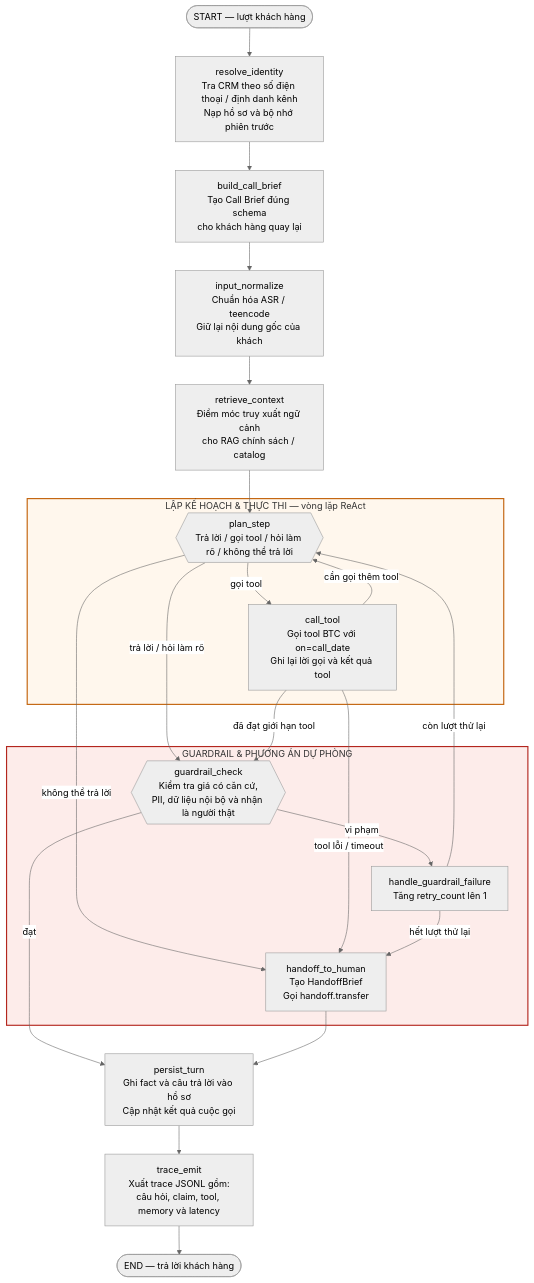
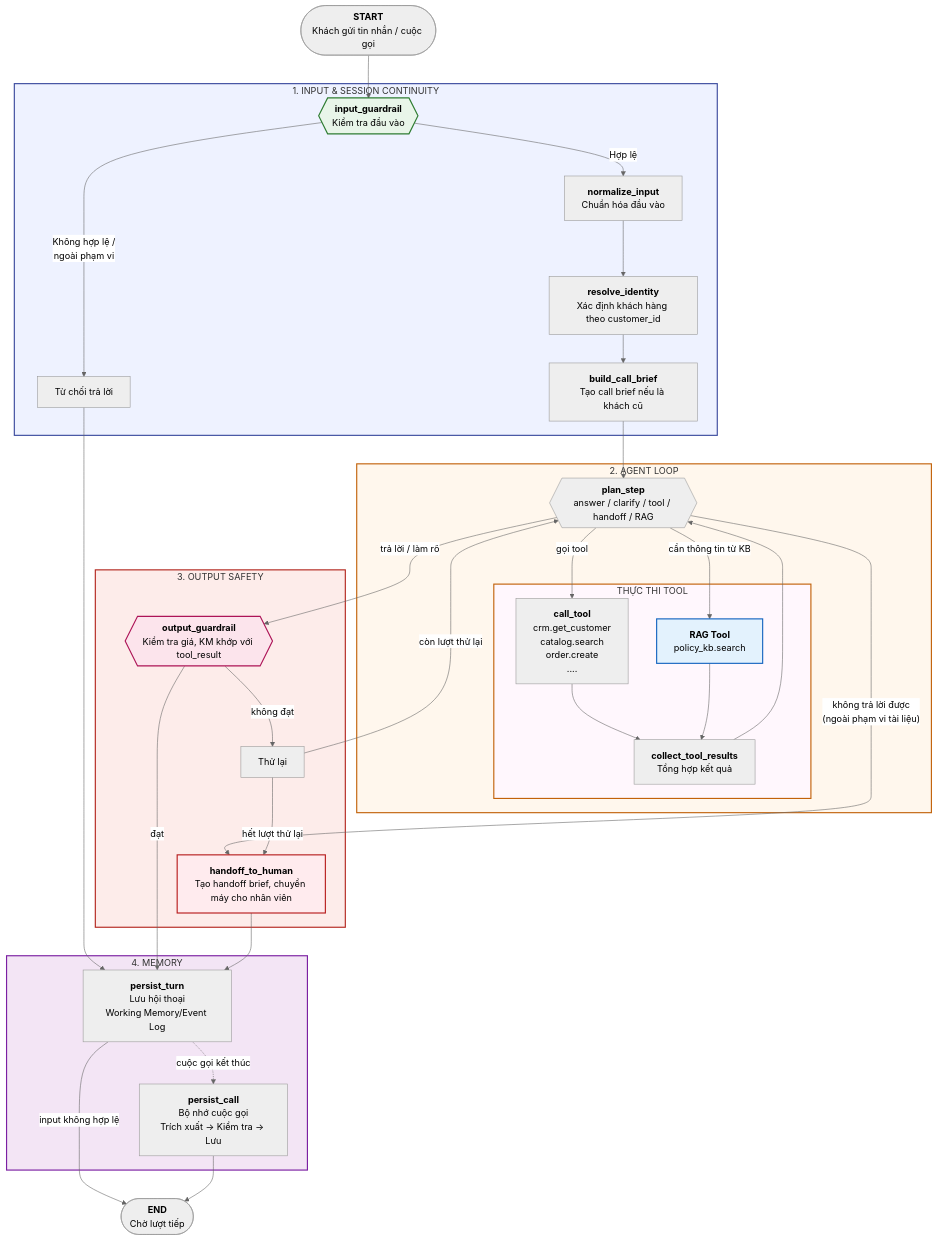
The diagram in langgraph_agent/README.md (tuannvhust/SC2026), drawn with Mermaid (neutral theme) before and after one commit. The commit also changed other lines of this file and 39 other files, not shown here.

````diff
--- a/langgraph_agent/README.md
+++ b/langgraph_agent/README.md
@@ -28,44 +28,61 @@
 ```mermaid
-flowchart TD
-    START(["START — lượt khách hàng"])
+flowchart TB
+ subgraph INPUT["1. INPUT & SESSION CONTINUITY"]
+        IG{{"<b>input_guardrail</b><br>Kiểm tra đầu vào<br>"}}
+        N["<b>normalize_input</b><br>Chuẩn hóa đầu vào<br>"]
+        S["<b>resolve_identity</b><br>Xác định khách hàng theo customer_id<br>"]
+        B["<b>build_call_brief<br></b>Tạo call brief nếu là khách cũ"]
+        IM["Từ chối trả lời"]
+  end
+ subgraph TOOL["THỰC THI TOOL"]
+        T["<b>call_tool</b><br>crm.get_customer<br>catalog.search<br>order.create<br>...."]
+        RAG["<b>RAG Tool</b><br>policy_kb.search<br>"]
+        RE["<b>collect_tool_results</b><br>Tổng hợp kết quả"]
+  end
+ subgraph AGENT["2. AGENT LOOP"]
+        P{{"<b>plan_step</b><br>answer / clarify / tool / handoff / RAG"}}
+        TOOL
+  end
+ subgraph SAFETY["3. OUTPUT SAFETY"]
+        OG{{"<b>output_guardrail<br></b>Kiểm tra giá, KM khớp với tool_result<br>"}}
+        R["Thử lại"]
+        H["<b>handoff_to_human</b><br>Tạo handoff brief, chuyển máy cho nhân viên"]
+  end
+ subgraph MEMORY["4. MEMORY"]
+        WM["<b>persist_turn</b><br>Lưu hội thoại<br>Working Memory/Event Log"]
+        LM["<b>persist_call</b><br>Bộ nhớ cuộc gọi<br>Trích xuất → Kiểm tra → Lưu"]
+  end
+    START(["<b>START<br></b>Khách gửi tin nhắn / cuộc gọi"]) --> IG
+    IG -- Không hợp lệ /<br>ngoài phạm vi --> IM
+    IM --> WM
+    IG -- Hợp lệ --> N
+    N --> S
+    S --> B
+    B --> P
+    P -- trả lời / làm rõ --> OG
+    P -- gọi tool --> T
+    T --> RE
+    RAG --> RE
+    P -- không trả lời được<br>(ngoài phạm vi tài liệu) --> H
+    P -- cần thông tin từ KB --> RAG
+    RE --> P
+    OG -- đạt --> WM
+    OG -- không đạt --> R
+    R -- còn lượt thử lại --> P
+    R -- hết lượt thử lại --> H
+    H --> WM
+    WM -- input không hợp lệ --> END(["<b>END</b><br>Chờ lượt tiếp"])
+    WM -. cuộc gọi kết thúc .-> LM
+    LM --> END
 
-    A["resolve_identity<br/>Tra CRM theo số điện thoại / định danh kênh<br/>Nạp hồ sơ và bộ nhớ phiên trước"]
-    B["build_call_brief<br/>Tạo Call Brief đúng schema<br/>cho khách hàng quay lại"]
-    C["input_normalize<br/>Chuẩn hóa ASR / teencode<br/>Giữ lại nội dung gốc của khách"]
-    D["retrieve_context<br/>Điểm móc truy xuất ngữ cảnh<br/>cho RAG chính sách / catalog"]
-
-    subgraph PA["LẬP KẾ HOẠCH & THỰC THI — vòng lặp ReAct"]
-        E{{"plan_step<br/>Trả lời / gọi tool / hỏi làm rõ / không thể trả lời"}}
-        F["call_tool<br/>Gọi tool BTC với on=call_date<br/>Ghi lại lời gọi và kết quả tool"]
-    end
-
-    subgraph GF["GUARDRAIL & PHƯƠNG ÁN DỰ PHÒNG"]
-        G{{"guardrail_check<br/>Kiểm tra giá có căn cứ,<br/>PII, dữ liệu nội bộ và nhận là người thật"}}
-        H["handle_guardrail_failure<br/>Tăng retry_count lên 1"]
-        I["handoff_to_human<br/>Tạo HandoffBrief<br/>Gọi handoff.transfer"]
-    end
-
-    J["persist_turn<br/>Ghi fact và câu trả lời vào hồ sơ<br/>Cập nhật kết quả cuộc gọi"]
-    K["trace_emit<br/>Xuất trace JSONL gồm:<br/>câu hỏi, claim, tool, memory và latency"]
-    END(["END — trả lời khách hàng"])
-
-    START --> A --> B --> C --> D --> E
-
-    E -- "gọi tool" --> F
-    E -- "trả lời / hỏi làm rõ" --> G
-    E -- "không thể trả lời" --> I
-
-    F -- "tool lỗi / timeout" --> I
-    F -- "cần gọi thêm tool" --> E
-    F -- "đã đạt giới hạn tool" --> G
-
-    G -- "đạt" --> J
-    G -- "vi phạm" --> H
-    H -- "còn lượt thử lại" --> E
-    H -- "hết lượt thử lại" --> I
-
-    I --> J --> K --> END
-
-    style PA fill:#fff7ed,stroke:#c2620a,stroke-width:2px
-    style GF fill:#fdecea,stroke:#b3261e,stroke-width:2px
+    H@{ shape: rect}
+    style IG fill:#e8f5e9,stroke:#2e7d32,stroke-width:2px
+    style RAG fill:#e3f2fd,stroke:#1565c0,stroke-width:2px
+    style TOOL fill:#fff7fd,stroke:#c2620a,stroke-width:2px
+    style OG fill:#fce4ec,stroke:#ad1457,stroke-width:2px
+    style H fill:#ffebee,stroke:#b71c1c,stroke-width:2px
+    style INPUT fill:#eef2ff,stroke:#3b4a9e,stroke-width:2px
+    style AGENT fill:#fff7ed,stroke:#c2620a,stroke-width:2px
+    style SAFETY fill:#fdecea,stroke:#b3261e,stroke-width:2px
+    style MEMORY fill:#f3e5f5,stroke:#7b1fa2,stroke-width:2px
 ```
````
